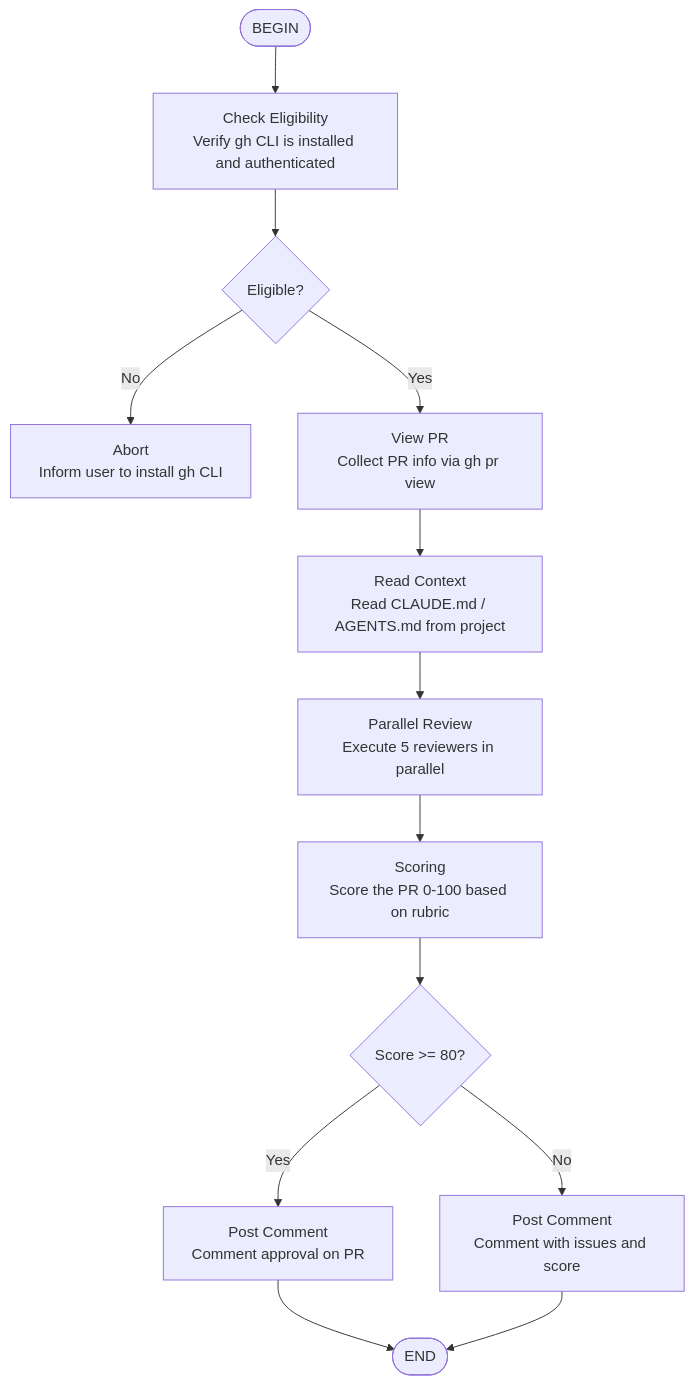
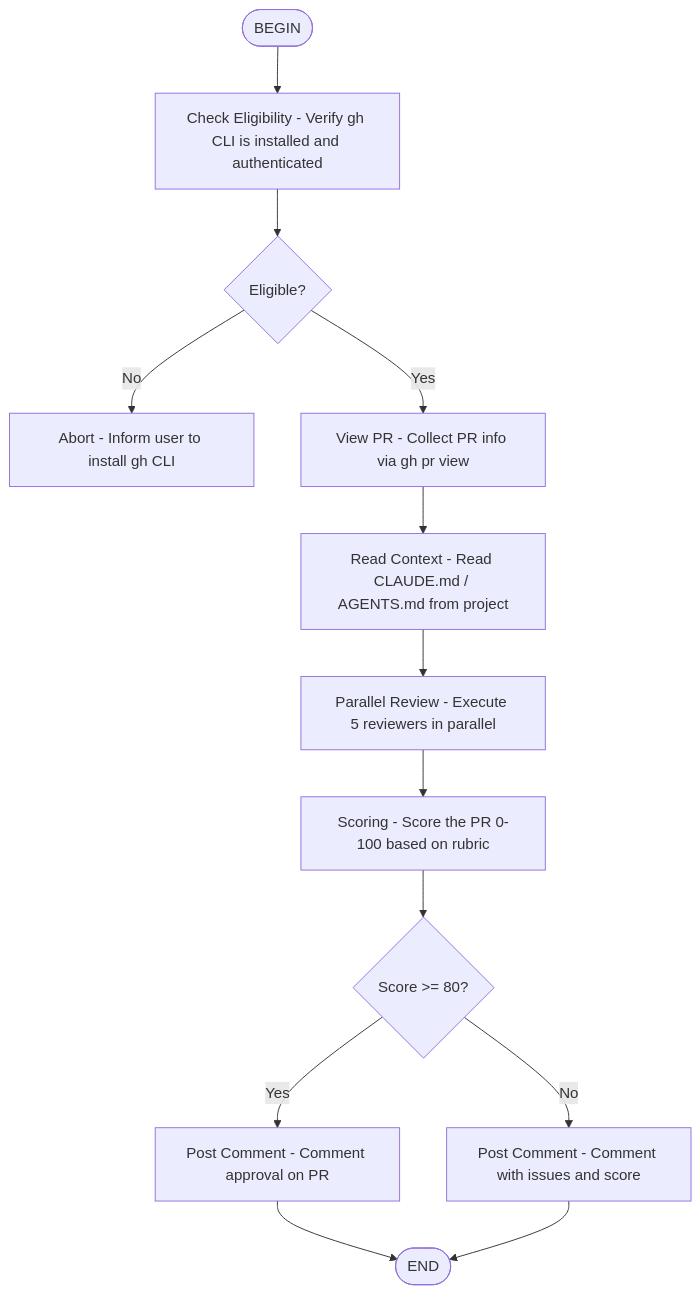
One commit to eduardoabreu81/everything-kimi-code changed the diagram in skills/github-code-reviewer/SKILL.md. Above: the diagram before and after it, drawn with Mermaid. The commit also changed 10 other files, not shown here.

````diff
--- a/skills/github-code-reviewer/SKILL.md
+++ b/skills/github-code-reviewer/SKILL.md
@@ -11,15 +11,15 @@
 ```mermaid
 flowchart TD
-    A([BEGIN]) --> B[Check Eligibility<br/>Verify gh CLI is installed and authenticated]
+    A([BEGIN]) --> B[Check Eligibility - Verify gh CLI is installed and authenticated]
     B --> C{Eligible?}
-    C -->|No| D[Abort<br/>Inform user to install gh CLI]
-    C -->|Yes| E[View PR<br/>Collect PR info via gh pr view]
-    E --> F[Read Context<br/>Read CLAUDE.md / AGENTS.md from project]
-    F --> G[Parallel Review<br/>Execute 5 reviewers in parallel]
-    G --> H[Scoring<br/>Score the PR 0-100 based on rubric]
+    C -->|No| D[Abort - Inform user to install gh CLI]
+    C -->|Yes| E[View PR - Collect PR info via gh pr view]
+    E --> F[Read Context - Read CLAUDE.md / AGENTS.md from project]
+    F --> G[Parallel Review - Execute 5 reviewers in parallel]
+    G --> H[Scoring - Score the PR 0-100 based on rubric]
     H --> I{Score >= 80?}
-    I -->|Yes| J[Post Comment<br/>Comment approval on PR]
-    I -->|No| K[Post Comment<br/>Comment with issues and score]
+    I -->|Yes| J[Post Comment - Comment approval on PR]
+    I -->|No| K[Post Comment - Comment with issues and score]
     J --> L([END])
     K --> L
 ```
````
